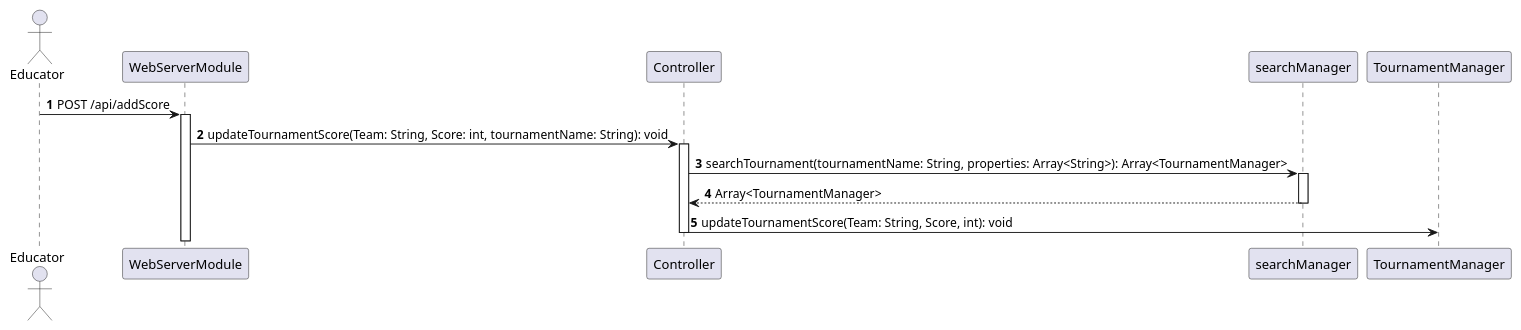
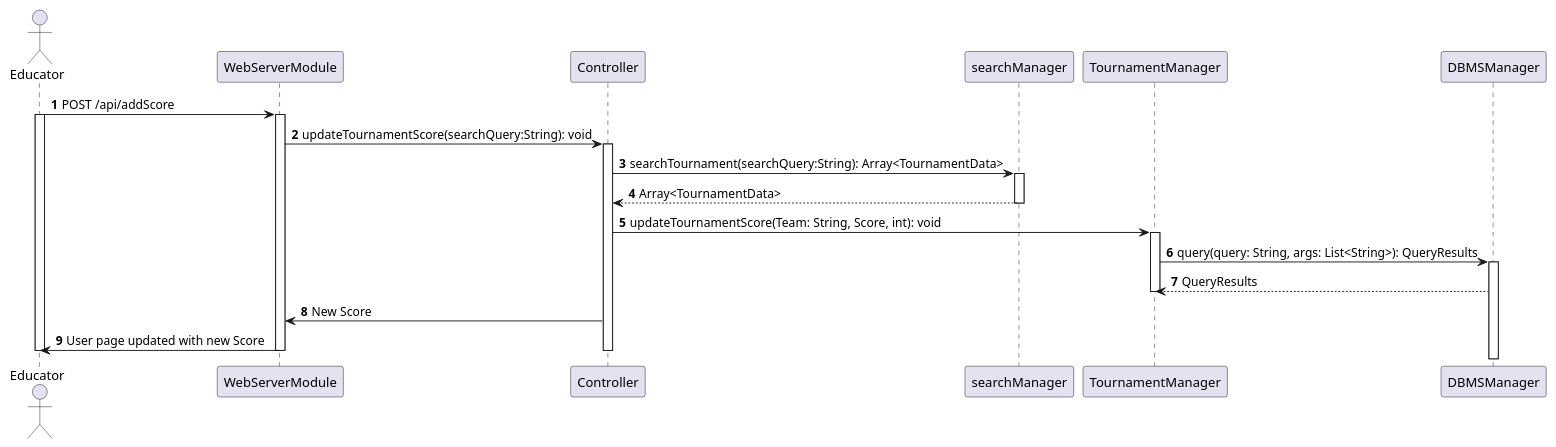
The diagram in _DD/Images/sequenceDiagrams/updateTournamentScoreEducator.wsd (Angelo7672/SE2_Requirement-and-Design-Document), drawn with PlantUML before and after one commit. The commit also changed 6 other files, not shown here.

Commit message:
SD entiched and corrected, typos in architecturalDesign and userInterfaceDesign

```diff
--- a/_DD/Images/sequenceDiagrams/updateTournamentScoreEducator.wsd
+++ b/_DD/Images/sequenceDiagrams/updateTournamentScoreEducator.wsd
@@ -1,23 +1,33 @@
 @startuml
 
 autonumber
 
 actor Educator as U
 participant WebServerModule as WS
 participant Controller as C
 participant searchManager as SM
 participant TournamentManager as TM
-
+participant DBMSManager as DBMS
 
 U->WS: POST /api/addScore
+activate U
 activate WS
-WS->C: updateTournamentScore(Team: String, Score: int, tournamentName: String): void
+WS->C: updateTournamentScore(searchQuery:String): void
 activate C
-C->SM: searchTournament(tournamentName: String, properties: Array<String>): Array<TournamentManager>
+C->SM: searchTournament(searchQuery:String): Array<TournamentData>
 activate SM
-SM-->C: Array<TournamentManager>
+SM-->C: Array<TournamentData>
 deactivate SM
 C-> TM: updateTournamentScore(Team: String, Score, int): void
+activate TM
+TM->DBMS: query(query: String, args: List<String>): QueryResults
+activate DBMS
+DBMS-->TM: QueryResults
+deactivate TM
+C->WS: New Score
+WS->U: User page updated with new Score
+deactivate WS
+deactivate U
 deactivate C
 
 @enduml
```
